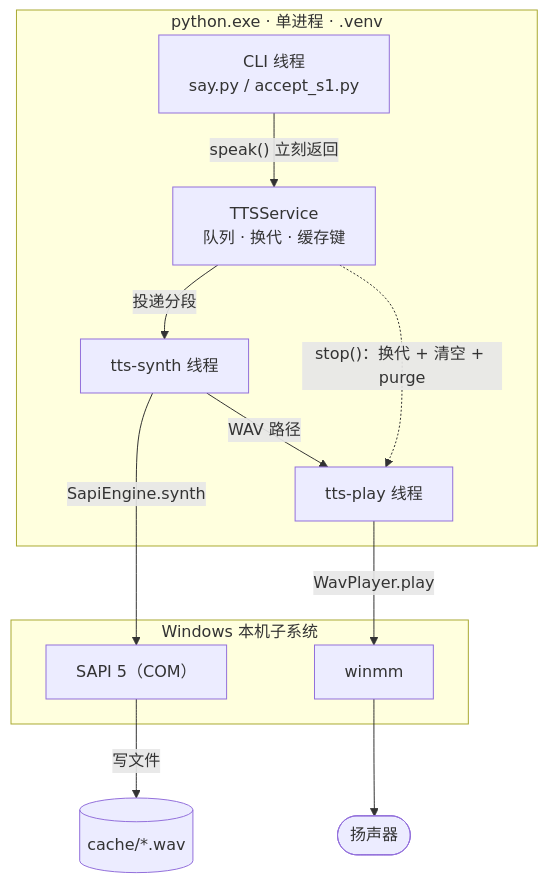
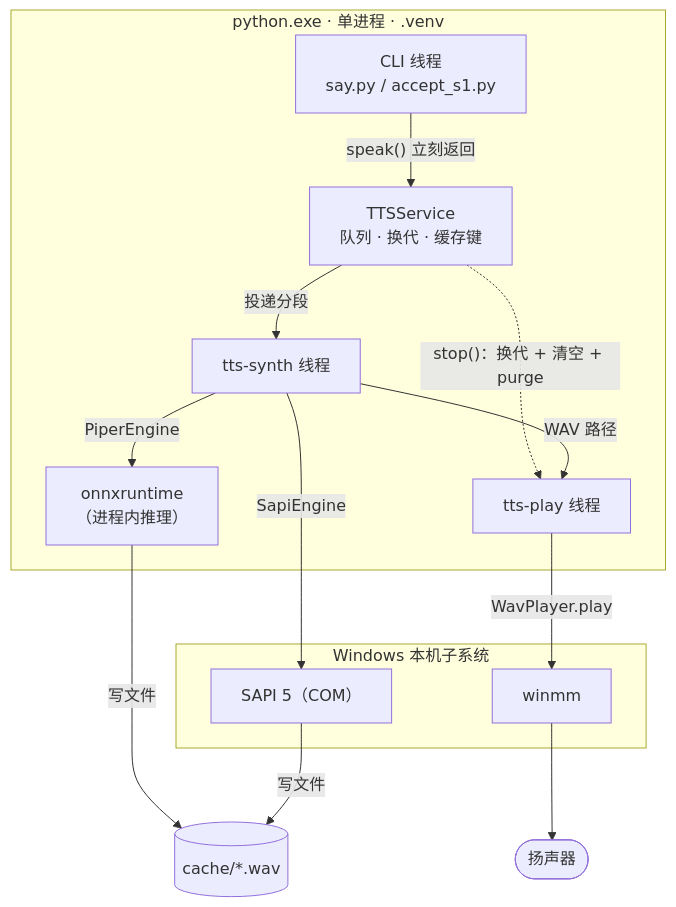
The second of 3 diagrams in tts/README.md (DongyueHAN/VoxDesk), drawn with Mermaid before and after one commit. The commit also changed other lines of this file and 8 other files, not shown here.

First line of the commit message:
feat(tts): S2 接入 Piper，service.py 零改动 [v0.3.0] @ 2026-11-05T00:35+08:00

````diff
--- a/tts/README.md
+++ b/tts/README.md
@@ -50,25 +55,28 @@
 ```mermaid
-%% diagram: C4-07 TTS 切片容器（已实现） | updated: 2026-11-04
+%% diagram: C4-07 TTS 切片容器（已实现） | updated: 2026-11-05
 flowchart TB
     subgraph PROC["python.exe · 单进程 · .venv"]
         CLI["CLI 线程<br/>say.py / accept_s1.py"]
         SVC["TTSService<br/>队列 · 换代 · 缓存键"]
         SYN["tts-synth 线程"]
         PLAY["tts-play 线程"]
+        ORT["onnxruntime<br/>（进程内推理）"]
     end
     subgraph OS["Windows 本机子系统"]
         SAPI["SAPI 5（COM）"]
         WINMM["winmm"]
     end
     CACHE[("cache/*.wav")]
     SPK(["扬声器"])
 
     CLI -->|"speak() 立刻返回"| SVC
     SVC -->|"投递分段"| SYN
-    SYN -->|"SapiEngine.synth"| SAPI
+    SYN -->|"SapiEngine"| SAPI
+    SYN -->|"PiperEngine"| ORT
     SAPI -->|"写文件"| CACHE
+    ORT -->|"写文件"| CACHE
     SYN -->|"WAV 路径"| PLAY
     PLAY -->|"WavPlayer.play"| WINMM
     WINMM --> SPK
     SVC -.->|"stop()：换代 + 清空 + purge"| PLAY
 ```
````
